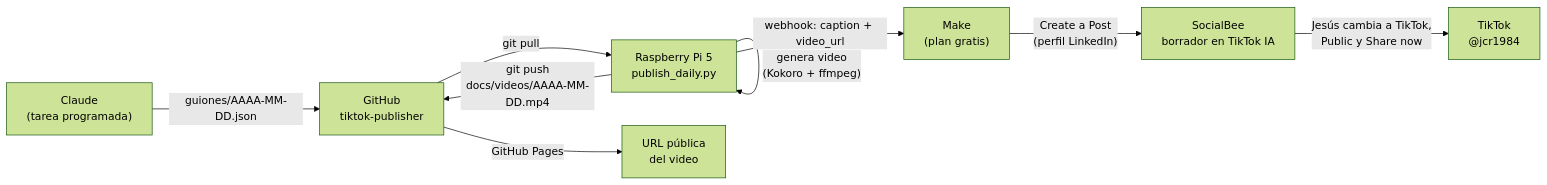
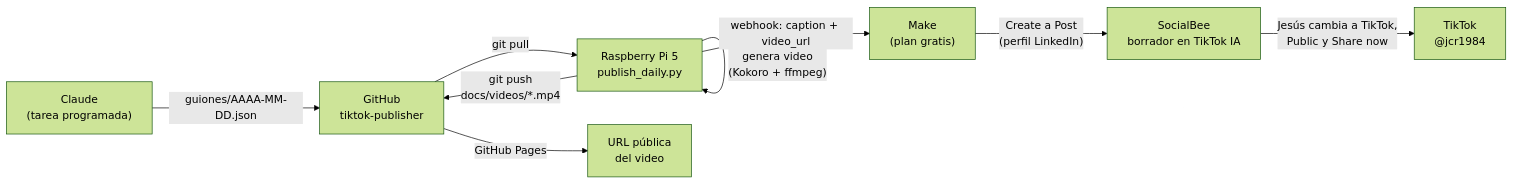
Before and after one commit to JesusCabreraReveles/tiktok-publisher: the diagram in FLUJO.md, drawn with Mermaid (forest theme). The commit also changed other lines of this file, not shown here.

````diff
--- a/FLUJO.md
+++ b/FLUJO.md
@@ -14,11 +14,11 @@
 ```mermaid
 flowchart LR
     A["Claude<br/>(tarea programada)"] -->|"guiones/AAAA-MM-DD.json"| B["GitHub<br/>tiktok-publisher"]
     B -->|git pull| C["Raspberry Pi 5<br/>publish_daily.py"]
     C -->|"genera video<br/>(Kokoro + ffmpeg)"| C
-    C -->|"git push<br/>docs/videos/AAAA-MM-DD.mp4"| B
+    C -->|"git push<br/>docs/videos/*.mp4"| B
     B -->|GitHub Pages| D["URL pública<br/>del video"]
     C -->|"webhook: caption + video_url"| E["Make<br/>(plan gratis)"]
     E -->|"Create a Post<br/>(perfil LinkedIn)"| F["SocialBee<br/>borrador en TikTok IA"]
     F -->|"Jesús cambia a TikTok,<br/>Public y Share now"| G["TikTok<br/>@jcr1984"]
 ```
````
